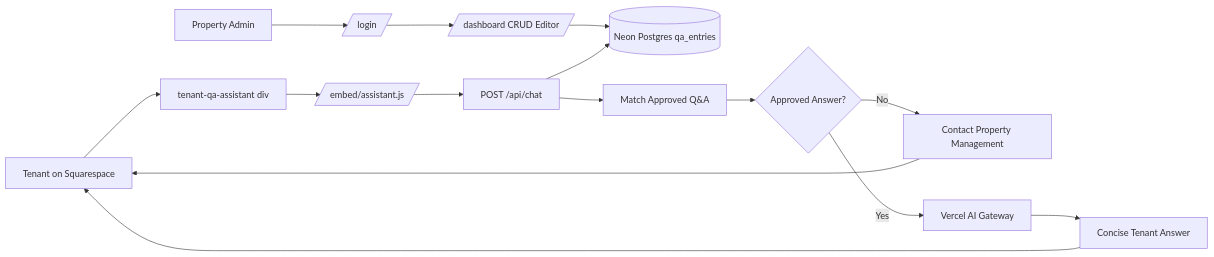
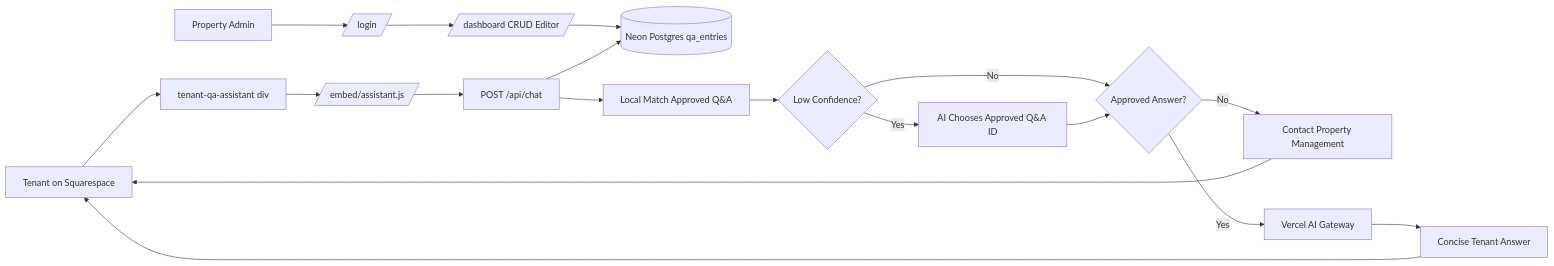
The first of 3 diagrams in README.md (connor12488/catalinaw36place), drawn with Mermaid before and after one commit. The commit also changed other lines of this file and 3 other files, not shown here.

````diff
--- a/README.md
+++ b/README.md
@@ -57,17 +57,20 @@
 ```mermaid
 flowchart LR
   admin[Property Admin] --> login[/login/]
   login --> dashboard[/dashboard CRUD Editor/]
   dashboard --> db[(Neon Postgres qa_entries)]
   tenant[Tenant on Squarespace] --> embed[tenant-qa-assistant div]
   embed --> js[/embed/assistant.js/]
   js --> chat[POST /api/chat]
   chat --> db
-  chat --> match[Match Approved Q&A]
-  match --> approved{Approved Answer?}
+  chat --> match[Local Match Approved Q&A]
+  match --> weak{Low Confidence?}
+  weak -->|Yes| aiMatch[AI Chooses Approved Q&A ID]
+  weak -->|No| approved{Approved Answer?}
+  aiMatch --> approved
   approved -->|No| fallback[Contact Property Management]
   approved -->|Yes| gateway[Vercel AI Gateway]
   gateway --> response[Concise Tenant Answer]
   fallback --> tenant
   response --> tenant
 ```
````
